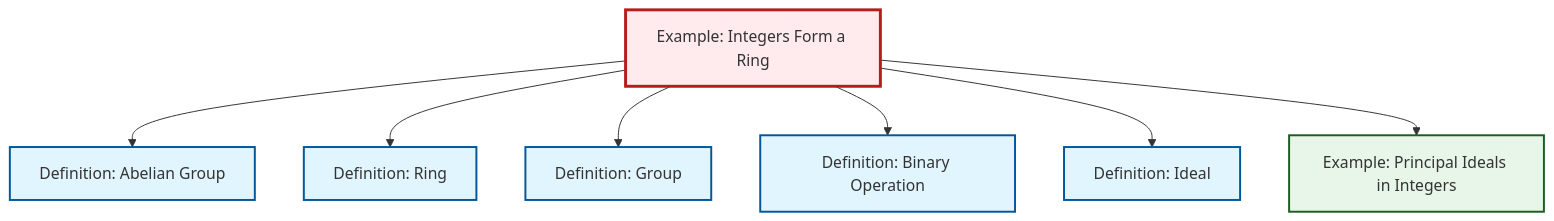
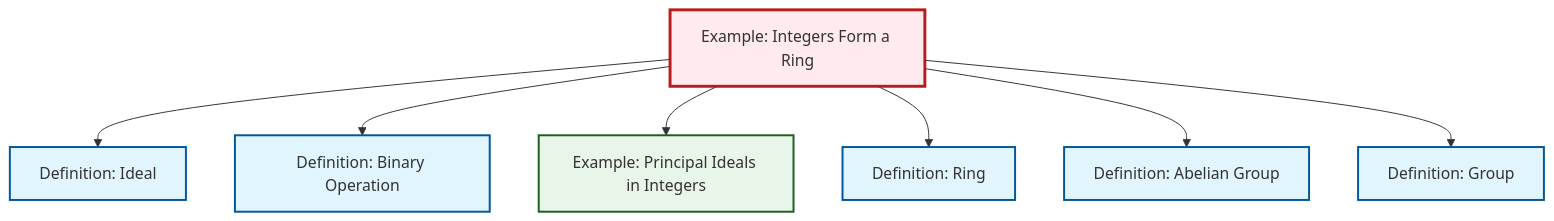
Before and after one commit to RK0429/ModernMath: the diagram in content/en/algebra/ex-integers-ring.qmd, drawn with Mermaid. The commit also changed other lines of this file and 360 other files, not shown here.

````diff
--- a/content/en/algebra/ex-integers-ring.qmd
+++ b/content/en/algebra/ex-integers-ring.qmd
@@ -64,29 +64,29 @@
 ```{mermaid}
 %%| fig-cap: "Local dependency graph"
 graph TD
     classDef definition fill:#e1f5fe,stroke:#01579b,stroke-width:2px
     classDef theorem fill:#f3e5f5,stroke:#4a148c,stroke-width:2px
     classDef axiom fill:#fff3e0,stroke:#e65100,stroke-width:2px
     classDef example fill:#e8f5e9,stroke:#1b5e20,stroke-width:2px
     classDef current fill:#ffebee,stroke:#b71c1c,stroke-width:3px
+    def-abelian-group["Definition: Abelian Group"]:::definition
+    def-ideal["Definition: Ideal"]:::definition
+    def-group["Definition: Group"]:::definition
+    def-ring["Definition: Ring"]:::definition
     def-binary-operation["Definition: Binary Operation"]:::definition
-    def-abelian-group["Definition: Abelian Group"]:::definition
     ex-principal-ideal["Example: Principal Ideals in Integers"]:::example
-    def-group["Definition: Group"]:::definition
-    def-ideal["Definition: Ideal"]:::definition
-    def-ring["Definition: Ring"]:::definition
     ex-integers-ring["Example: Integers Form a Ring"]:::example
+    ex-integers-ring --> def-ideal
+    ex-integers-ring --> def-binary-operation
+    ex-integers-ring --> ex-principal-ideal
+    ex-integers-ring --> def-ring
     ex-integers-ring --> def-abelian-group
-    ex-integers-ring --> def-ring
     ex-integers-ring --> def-group
-    ex-integers-ring --> def-binary-operation
-    ex-integers-ring --> def-ideal
-    ex-integers-ring --> ex-principal-ideal
     class ex-integers-ring current
+    click def-abelian-group "def-abelian-group.html" "Go to Abelian Group definition"
+    click def-ideal "def-ideal.html" "Go to Ideal definition"
+    click def-group "def-group.html" "Go to Group definition"
+    click def-ring "def-ring.html" "Go to Ring definition"
     click def-binary-operation "def-binary-operation.html" "Go to Binary Operation definition"
-    click def-abelian-group "def-abelian-group.html" "Go to Abelian Group definition"
     click ex-principal-ideal "ex-principal-ideal.html" "Go to Principal Ideals in Integers example"
-    click def-group "def-group.html" "Go to Group definition"
-    click def-ideal "def-ideal.html" "Go to Ideal definition"
-    click def-ring "def-ring.html" "Go to Ring definition"
 ```
````
